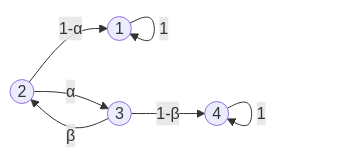
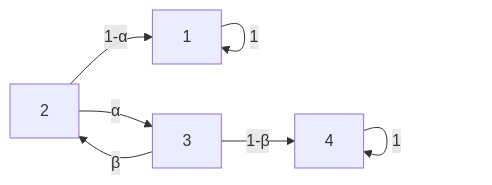
One commit to Zihan-Wang-leeds/bilingual-study-assistant changed the diagram in 课程/MATH2702/guides/Problem_Sheet_04.md. Above: the diagram before and after it, drawn with Mermaid. The commit also changed other lines of this file and 44 other files, not shown here.

````diff
--- a/课程/MATH2702/guides/Problem_Sheet_04.md
+++ b/课程/MATH2702/guides/Problem_Sheet_04.md
@@ -65,9 +76,9 @@
 ```mermaid
 graph LR
-    1((1)) -->|1| 1
-    2((2)) -->|1-α| 1
+    1 -->|1| 1
+    2 -->|1-α| 1
     2 -->|α| 3
-    3((3)) -->|β| 2
+    3 -->|β| 2
     3 -->|1-β| 4
-    4((4)) -->|1| 4
+    4 -->|1| 4
 ```
````
